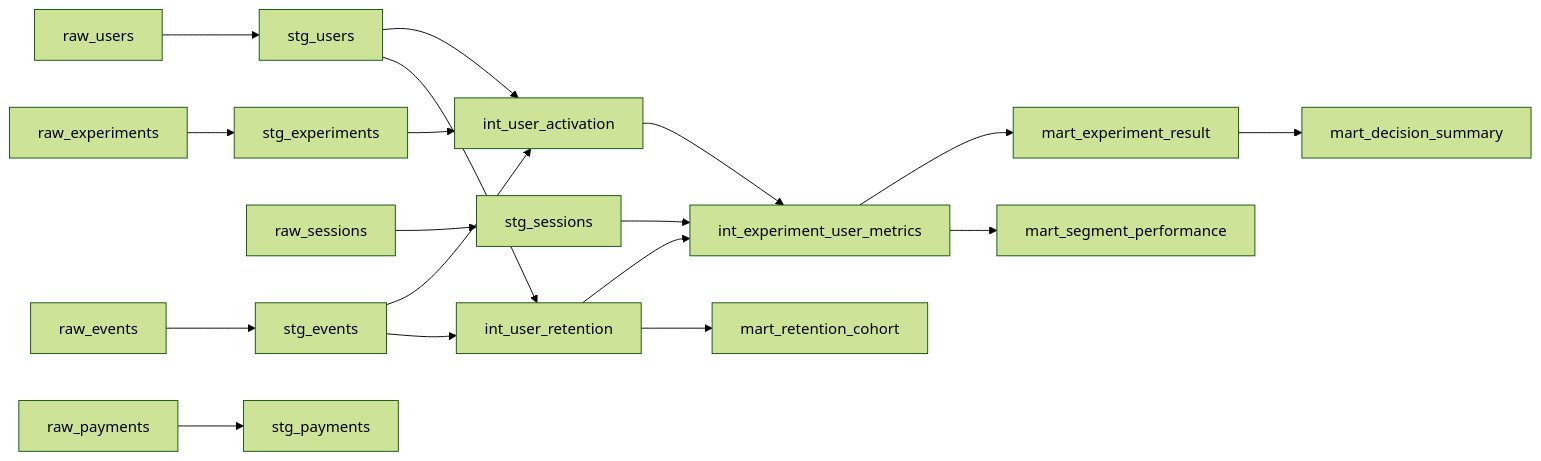
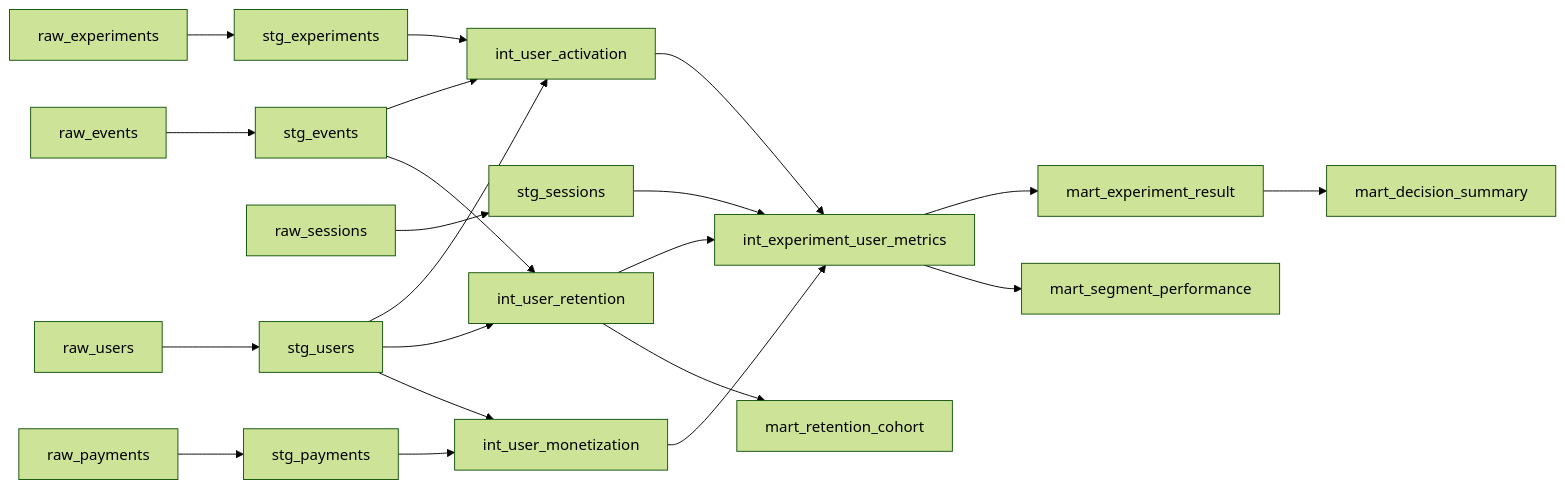
One commit to dffxonnb-cyber/DecisionOps-lab changed the second of 5 diagrams in docs/ARCHITECTURE_DIAGRAM.md. Above: the diagram before and after it, drawn with Mermaid (forest theme). The commit also changed other lines of this file and 1 other file, not shown here.

First line of the commit message:
Refresh case study and architecture docs for V2

````diff
--- a/docs/ARCHITECTURE_DIAGRAM.md
+++ b/docs/ARCHITECTURE_DIAGRAM.md
@@ -30,24 +31,28 @@
 ```mermaid
 flowchart LR
     A[raw_users] --> B[stg_users]
     C[raw_events] --> D[stg_events]
     E[raw_sessions] --> F[stg_sessions]
     G[raw_experiments] --> H[stg_experiments]
     I[raw_payments] --> J[stg_payments]
 
     B --> K[int_user_activation]
     D --> K
     H --> K
 
     B --> L[int_user_retention]
     D --> L
 
-    K --> M[int_experiment_user_metrics]
-    L --> M
-    F --> M
+    B --> M[int_user_monetization]
+    J --> M
 
-    M --> N[mart_experiment_result]
-    M --> O[mart_segment_performance]
-    L --> P[mart_retention_cohort]
-    N --> Q[mart_decision_summary]
+    K --> N[int_experiment_user_metrics]
+    L --> N
+    F --> N
+    M --> N
+
+    N --> O[mart_experiment_result]
+    N --> P[mart_segment_performance]
+    L --> Q[mart_retention_cohort]
+    O --> R[mart_decision_summary]
 ```
````
